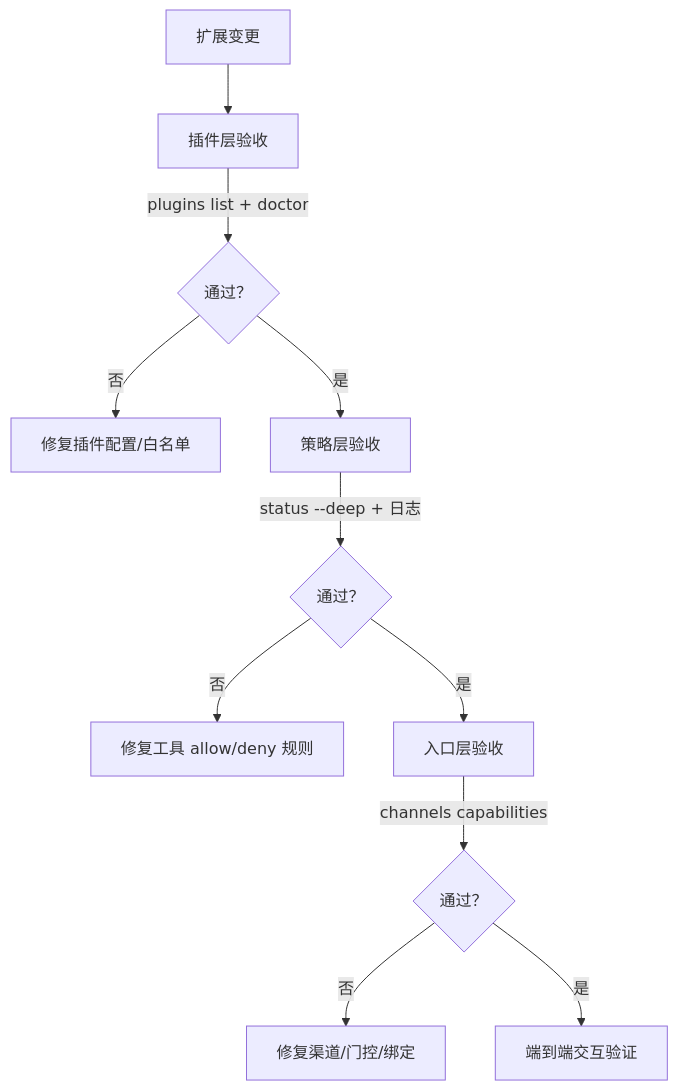
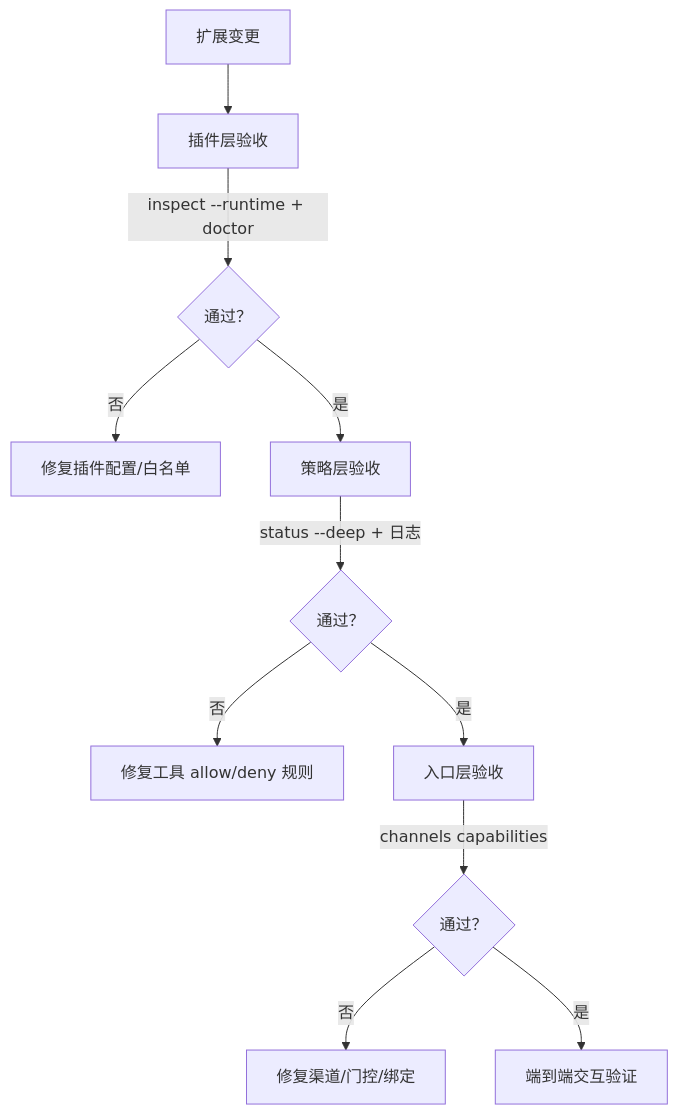
One commit to yeasy/openclaw_guide changed the diagram in 12_extension_engineering/12.3_testing_debugging.md. Above: the diagram before and after it, drawn with Mermaid. The commit also changed other lines of this file and 89 other files, not shown here.

````diff
--- a/12_extension_engineering/12.3_testing_debugging.md
+++ b/12_extension_engineering/12.3_testing_debugging.md
@@ -9,13 +9,13 @@
 ```mermaid
 flowchart TD
   start["扩展变更"] --> L1["插件层验收"]
-  L1 -->|"plugins list + doctor"| L1ok{通过？}
+  L1 -->|"inspect --runtime + doctor"| L1ok{通过？}
   L1ok -->|"否"| fix1["修复插件配置/白名单"]
   L1ok -->|"是"| L2["策略层验收"]
   L2 -->|"status --deep + 日志"| L2ok{通过？}
   L2ok -->|"否"| fix2["修复工具 allow/deny 规则"]
   L2ok -->|"是"| L3["入口层验收"]
   L3 -->|"channels capabilities"| L3ok{通过？}
   L3ok -->|"否"| fix3["修复渠道/门控/绑定"]
   L3ok -->|"是"| e2e["端到端交互验证"]
 ```
````
